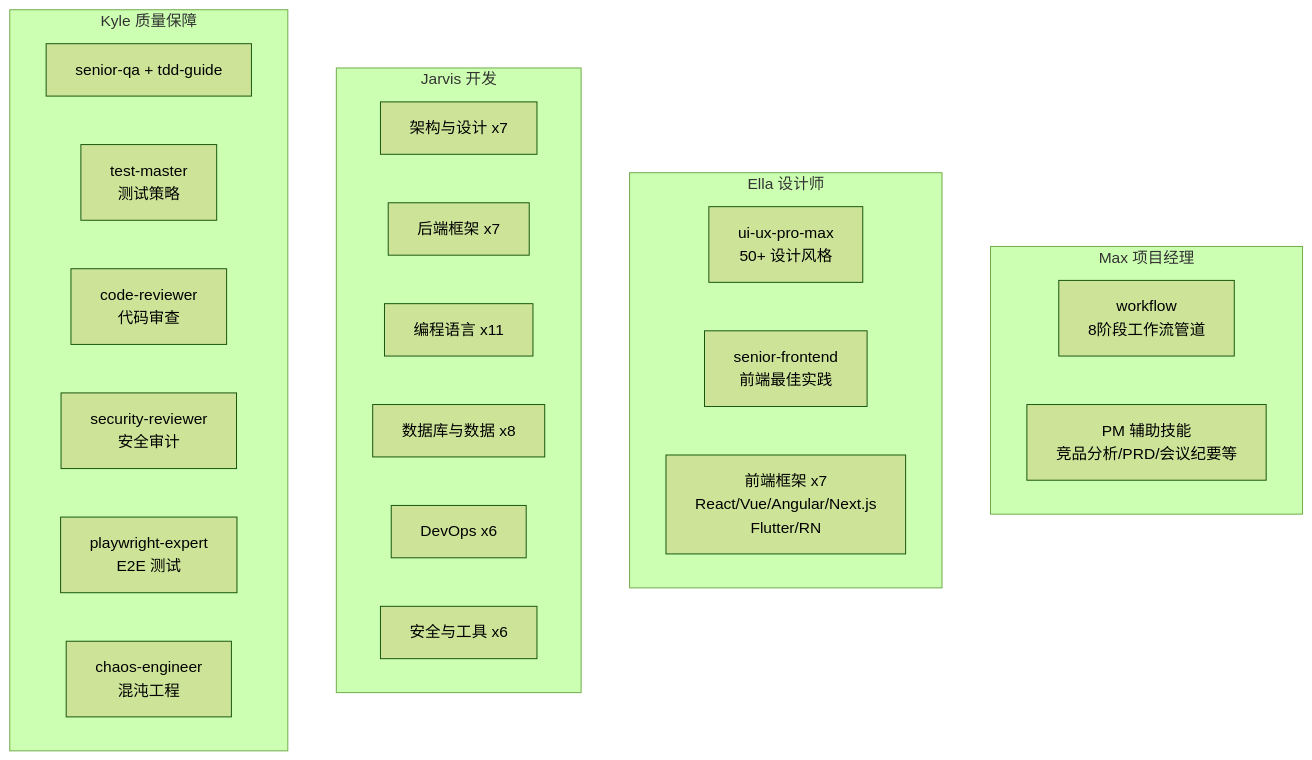
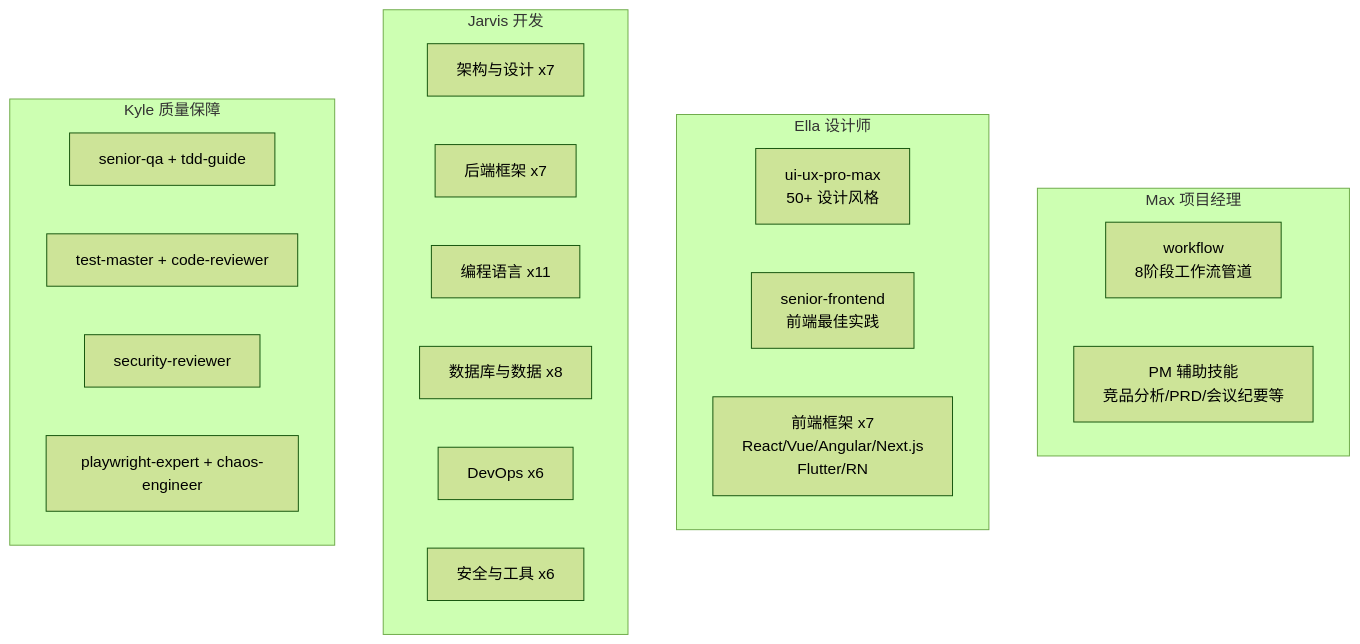
One commit to codeApe-7/ai-agent-workflowGroup changed the fourth of 4 diagrams in README.md. Above: the diagram before and after it, drawn with Mermaid (forest theme). The commit also changed other lines of this file, not shown here.

````diff
--- a/README.md
+++ b/README.md
@@ -527,31 +237,29 @@
 ```mermaid
 flowchart TB
     subgraph MAX["Max 项目经理"]
         M1["workflow\n8阶段工作流管道"]
         M2["PM 辅助技能\n竞品分析/PRD/会议纪要等"]
     end
 
     subgraph ELLA["Ella 设计师"]
         E1["ui-ux-pro-max\n50+ 设计风格"]
         E2["senior-frontend\n前端最佳实践"]
         E3["前端框架 x7\nReact/Vue/Angular/Next.js\nFlutter/RN"]
     end
 
     subgraph JARVIS["Jarvis 开发"]
         J1["架构与设计 x7"]
         J2["后端框架 x7"]
         J3["编程语言 x11"]
         J4["数据库与数据 x8"]
         J5["DevOps x6"]
         J6["安全与工具 x6"]
     end
 
     subgraph KYLE["Kyle 质量保障"]
         K1["senior-qa + tdd-guide"]
-        K2["test-master\n测试策略"]
-        K3["code-reviewer\n代码审查"]
-        K4["security-reviewer\n安全审计"]
-        K5["playwright-expert\nE2E 测试"]
-        K6["chaos-engineer\n混沌工程"]
+        K2["test-master + code-reviewer"]
+        K3["security-reviewer"]
+        K4["playwright-expert + chaos-engineer"]
     end
 ```
````
